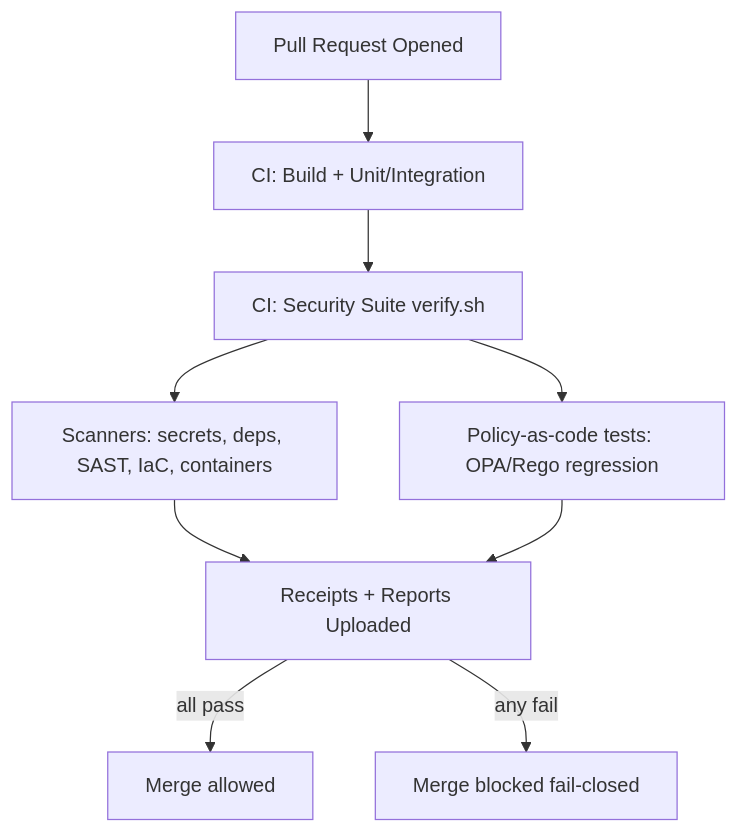
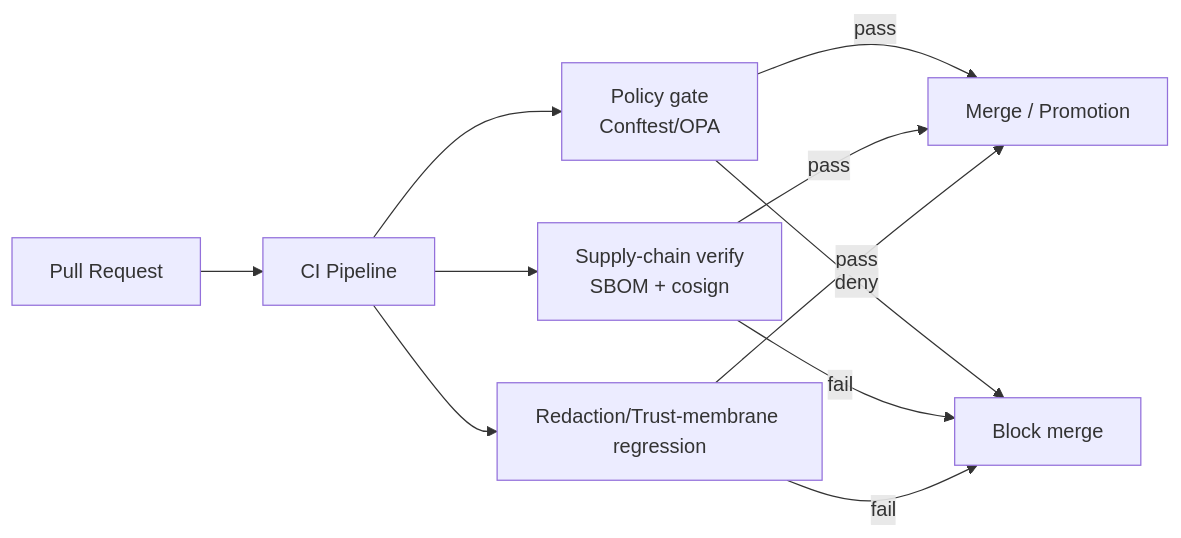
The diagram in tests/security/README.md (bartytime4life/Kansas-Frontier-Matrix), drawn with Mermaid before and after one commit. The commit also changed other lines of this file, not shown here.

First line of the commit message:
Revise README for security and governance test suite

````diff
--- a/tests/security/README.md
+++ b/tests/security/README.md
@@ -284,11 +61,13 @@
 ```mermaid
-flowchart TD
-  A[Pull Request Opened] --> B[CI: Build + Unit/Integration]
-  B --> C[CI: Security Suite verify.sh]
-  C --> D[Scanners: secrets, deps, SAST, IaC, containers]
-  C --> E[Policy-as-code tests: OPA/Rego regression]
-  D --> F[Receipts + Reports Uploaded]
-  E --> F
-  F -->|all pass| G[Merge allowed]
-  F -->|any fail| H[Merge blocked fail-closed]
+flowchart LR
+  PR[Pull Request] --> CI[CI Pipeline]
+  CI --> POL[Policy gate<br/>Conftest/OPA]
+  CI --> SC[Supply-chain verify<br/>SBOM + cosign]
+  CI --> RED[Redaction/Trust-membrane regression]
+  POL -->|pass| MERGE[Merge / Promotion]
+  SC -->|pass| MERGE
+  RED -->|pass| MERGE
+  POL -->|deny| BLOCK[Block merge]
+  SC -->|fail| BLOCK
+  RED -->|fail| BLOCK
 ```
````
